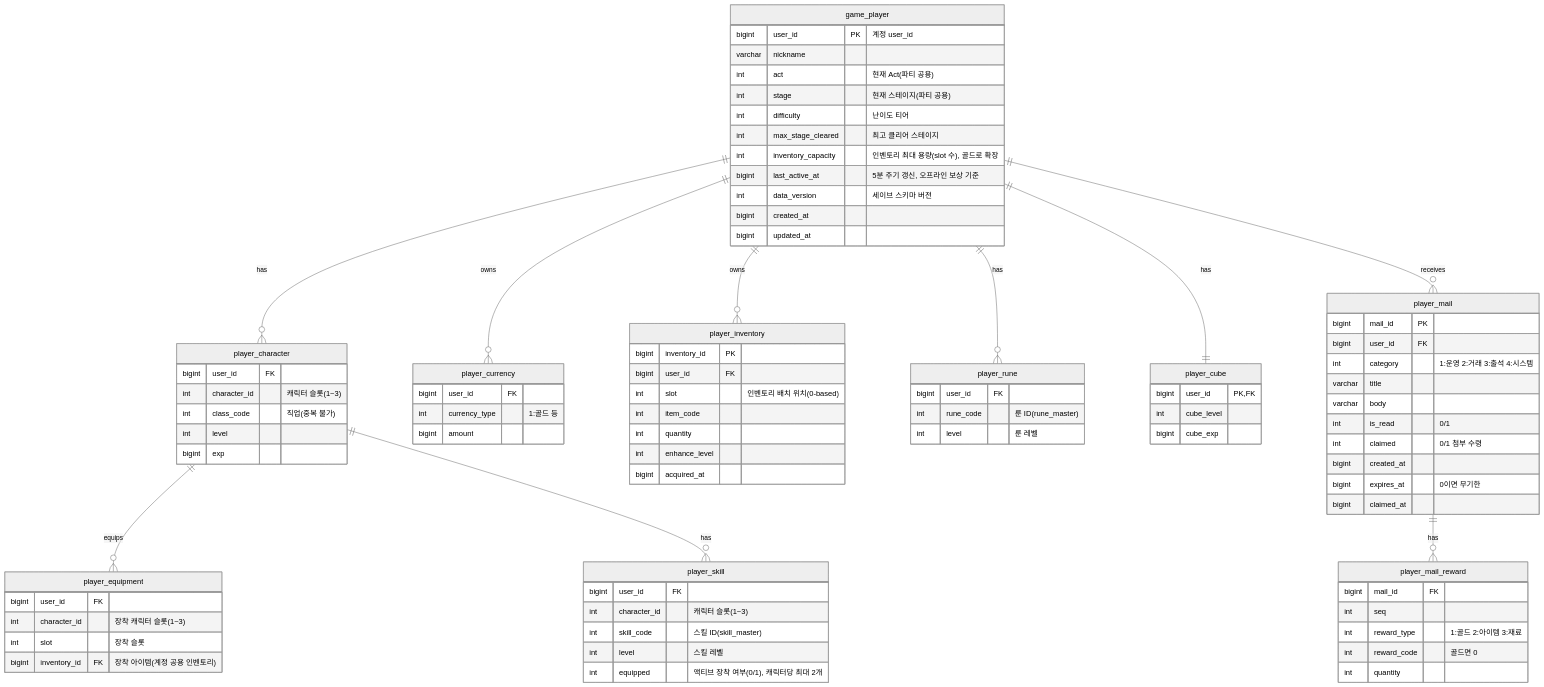
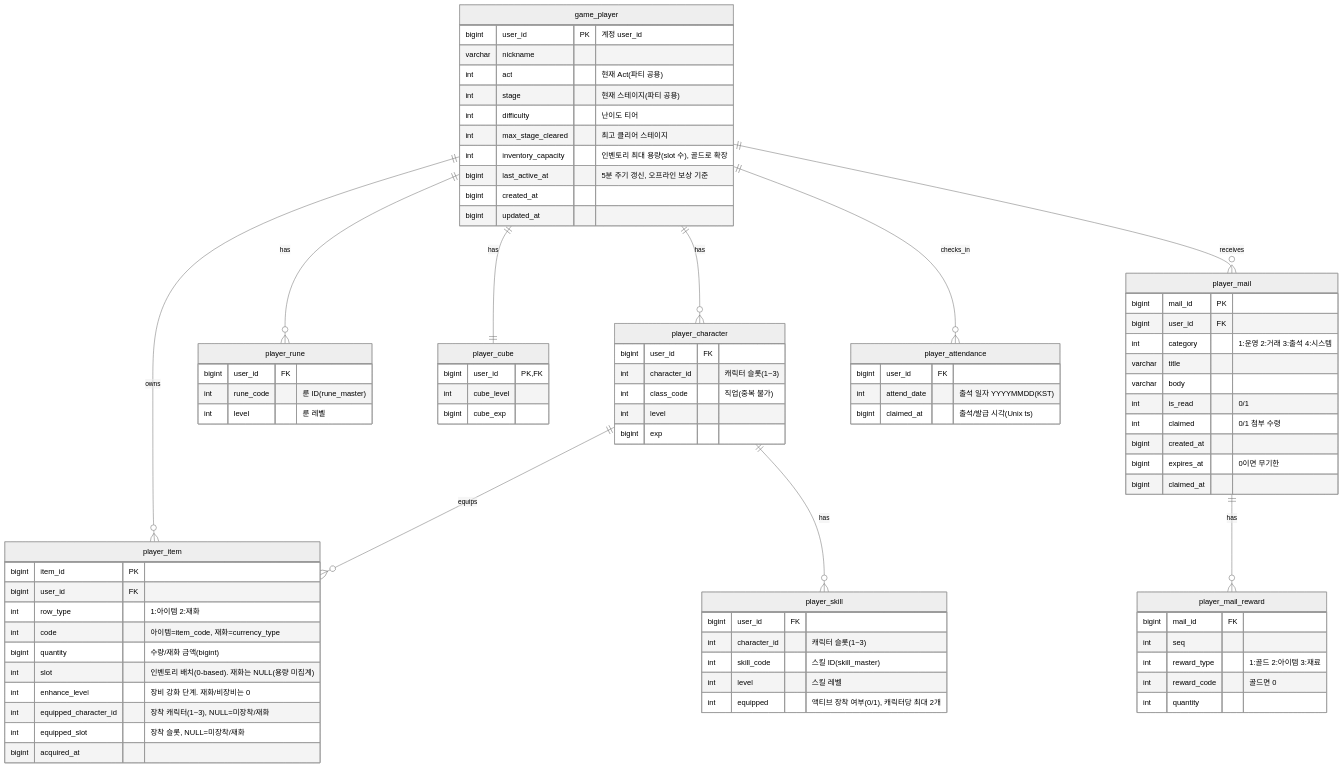
One commit to ks-wook/com2us-taskbar-hero changed the second of 2 diagrams in docs/공통/db-erd-통합.md. Above: the diagram before and after it, drawn with Mermaid (neutral theme). The commit also changed other lines of this file and 10 other files, not shown here.

Commit message:
출석 보상 시스템 반영, player_item 테이블 추가

````diff
--- a/docs/공통/db-erd-통합.md
+++ b/docs/공통/db-erd-통합.md
@@ -50,12 +50,12 @@
 ```mermaid
 erDiagram
     game_player      ||--o{ player_character : has
-    game_player      ||--o{ player_currency  : owns
-    game_player      ||--o{ player_inventory : owns
+    game_player      ||--o{ player_item      : owns
     game_player      ||--o{ player_rune      : has
     game_player      ||--|| player_cube      : has
     game_player      ||--o{ player_mail      : receives
-    player_character ||--o{ player_equipment : equips
+    game_player      ||--o{ player_attendance : checks_in
+    player_character ||--o{ player_item      : equips
     player_character ||--o{ player_skill     : has
     player_mail      ||--o{ player_mail_reward : has
 
@@ -68,7 +68,6 @@
         int     max_stage_cleared "최고 클리어 스테이지"
         int     inventory_capacity "인벤토리 최대 용량(slot 수), 골드로 확장"
         bigint  last_active_at "5분 주기 갱신, 오프라인 보상 기준"
-        int     data_version "세이브 스키마 버전"
         bigint  created_at
         bigint  updated_at
     }
@@ -81,27 +80,17 @@
         bigint  exp
     }
 
-    player_currency {
+    player_item {
+        bigint  item_id PK
         bigint  user_id FK
-        int     currency_type "1:골드 등"
-        bigint  amount
-    }
-
-    player_inventory {
-        bigint  inventory_id PK
-        bigint  user_id FK
-        int     slot "인벤토리 배치 위치(0-based)"
-        int     item_code
-        int     quantity
-        int     enhance_level
+        int     row_type "1:아이템 2:재화"
+        int     code "아이템=item_code, 재화=currency_type"
+        bigint  quantity "수량/재화 금액(bigint)"
+        int     slot "인벤토리 배치(0-based). 재화는 NULL(용량 미집계)"
+        int     enhance_level "장비 강화 단계. 재화/비장비는 0"
+        int     equipped_character_id "장착 캐릭터(1~3), NULL=미장착/재화"
+        int     equipped_slot "장착 슬롯, NULL=미장착/재화"
         bigint  acquired_at
-    }
-
-    player_equipment {
-        bigint  user_id FK
-        int     character_id "장착 캐릭터 슬롯(1~3)"
-        int     slot "장착 슬롯"
-        bigint  inventory_id FK "장착 아이템(계정 공용 인벤토리)"
     }
 
     player_skill {
@@ -144,4 +133,10 @@
         int     reward_code "골드면 0"
         int     quantity
     }
+
+    player_attendance {
+        bigint  user_id FK
+        int     attend_date "출석 일자 YYYYMMDD(KST)"
+        bigint  claimed_at "출석/발급 시각(Unix ts)"
+    }
 ```
````
